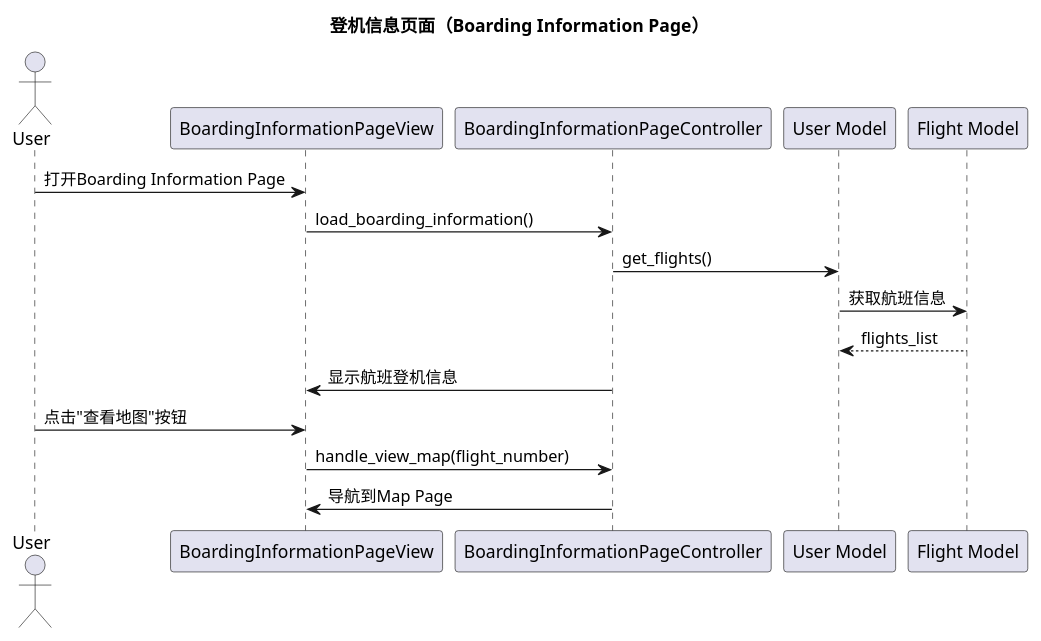
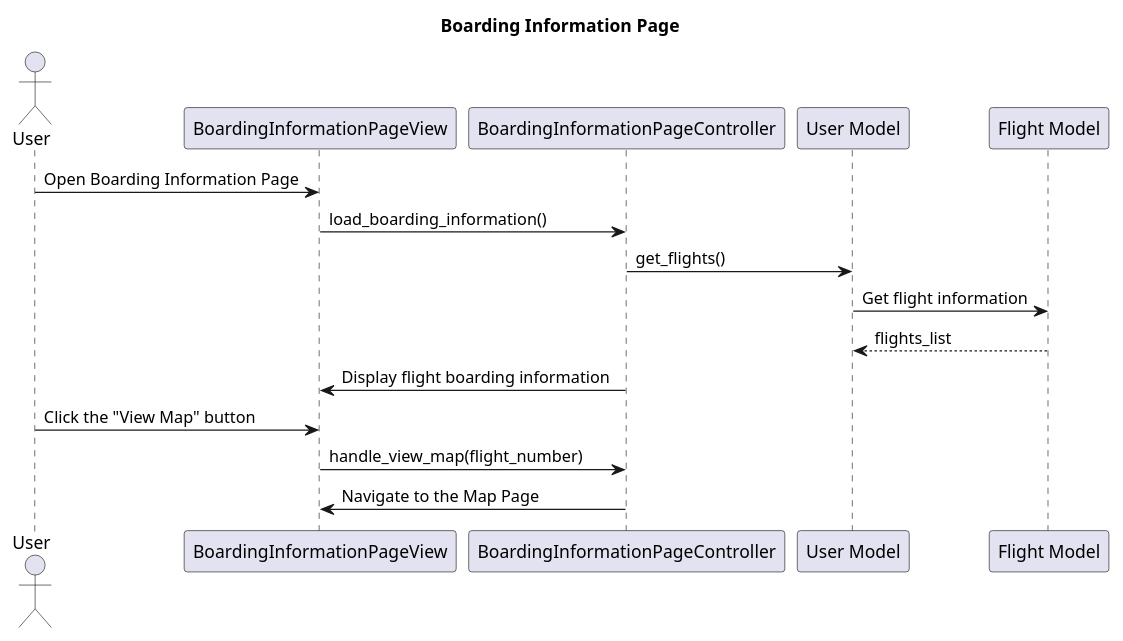
One commit to violeteye1234/group23_COMPS350F changed diagram 11 of 16 in planning/class_diagrams.md. Above: the diagram before and after it, drawn with PlantUML. The commit also changed other lines of this file, not shown here.

````diff
--- a/planning/class_diagrams.md
+++ b/planning/class_diagrams.md
@@ -339,21 +339,21 @@
 ```plantuml
 @startuml
-title 登机信息页面（Boarding Information Page）
+title Boarding Information Page
 
 actor User
 participant "BoardingInformationPageView" as View
 participant "BoardingInformationPageController" as Controller
 participant "User Model" as UserModel
 participant "Flight Model" as FlightModel
 
-User -> View: 打开Boarding Information Page
+User -> View: Open Boarding Information Page
 View -> Controller: load_boarding_information()
 Controller -> UserModel: get_flights()
-UserModel -> FlightModel: 获取航班信息
+UserModel -> FlightModel: Get flight information
 FlightModel --> UserModel: flights_list
-Controller -> View: 显示航班登机信息
-User -> View: 点击"查看地图"按钮
+Controller -> View: Display flight boarding information
+User -> View: Click the "View Map" button
 View -> Controller: handle_view_map(flight_number)
-Controller -> View: 导航到Map Page
+Controller -> View: Navigate to the Map Page
 @enduml
 ```
````
